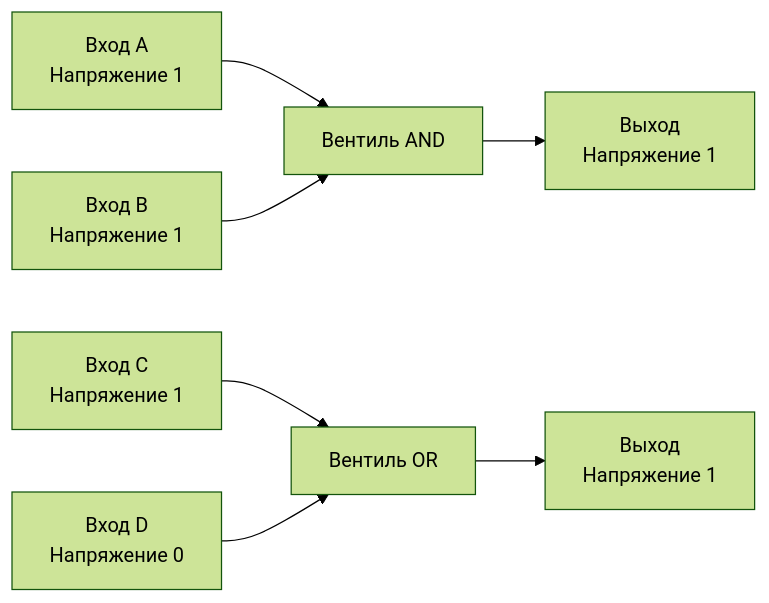
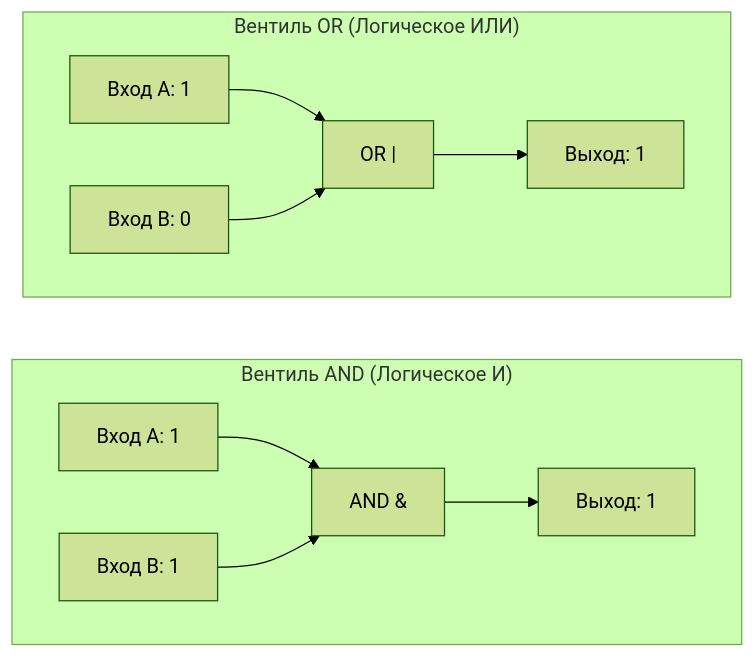
Before and after one commit to UnrealTemplier/go-textbook: the diagram in sources/1. Архитектура компьютера/2. Транзисторы, биты и логические вентили.md, drawn with Mermaid (forest theme). The commit also changed other lines of this file, not shown here.

````diff
--- a/sources/1. Архитектура компьютера/2. Транзисторы, биты и логические вентили.md
+++ b/sources/1. Архитектура компьютера/2. Транзисторы, биты и логические вентили.md
@@ -39,10 +71,16 @@
 ```mermaid
 flowchart LR
-    A["Вход A<br>Напряжение 1"] --> AND_Gate["Вентиль AND"]
-    B["Вход B<br>Напряжение 1"] --> AND_Gate
-    AND_Gate --> OUT["Выход<br>Напряжение 1"]
-    
-    C["Вход C<br>Напряжение 1"] --> OR_Gate["Вентиль OR"]
-    D["Вход D<br>Напряжение 0"] --> OR_Gate
-    OR_Gate --> OUT2["Выход<br>Напряжение 1"]
+    subgraph AND_Block["Вентиль AND (Логическое И)"]
+        direction LR
+        A1["Вход A: 1"] --> G_AND["AND &"]
+        B1["Вход B: 1"] --> G_AND
+        G_AND --> OUT1["Выход: 1"]
+    end
+
+    subgraph OR_Block["Вентиль OR (Логическое ИЛИ)"]
+        direction LR
+        A2["Вход A: 1"] --> G_OR["OR |"]
+        B2["Вход B: 0"] --> G_OR
+        G_OR --> OUT2["Выход: 1"]
+    end
 ```
````
